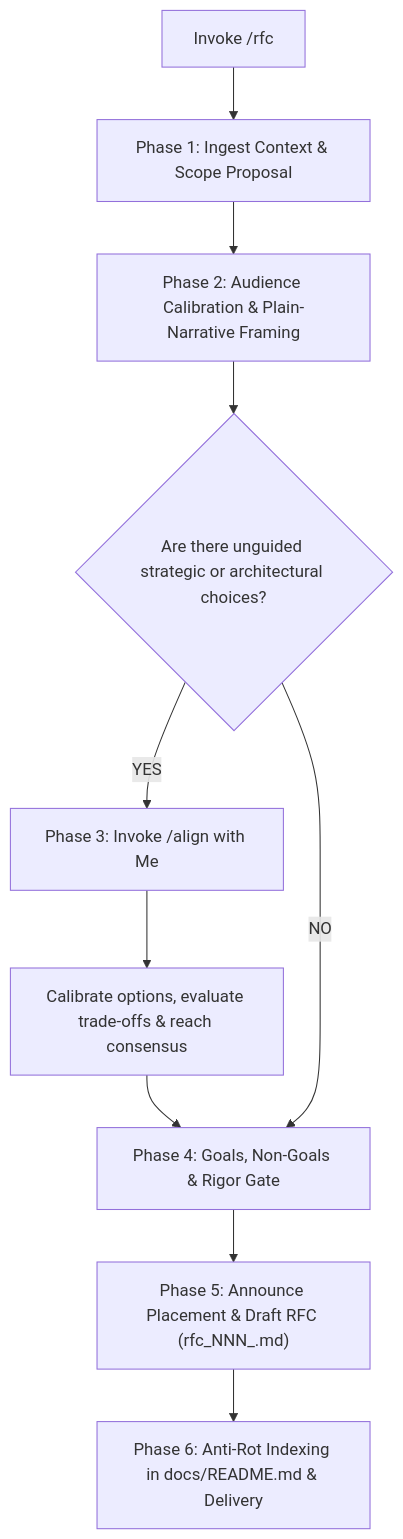
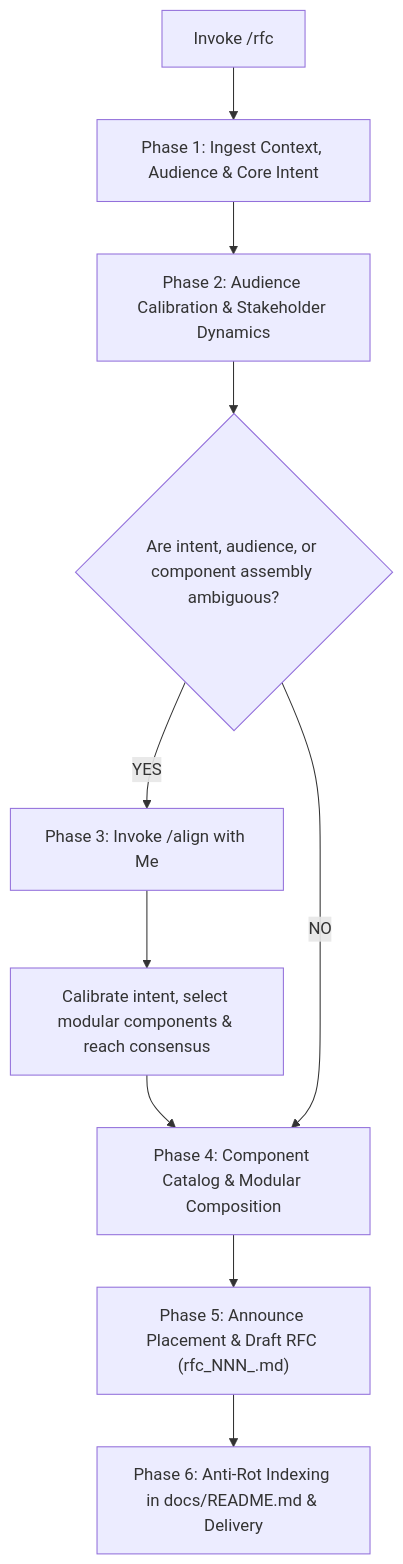
The diagram in rfc/SKILL.md (dimsedra/skills), drawn with Mermaid before and after one commit. The commit also changed other lines of this file and 1 other file, not shown here.

Commit message:
feat(rfc): make RFC skill component-based, intent-driven, and audience-adaptive

````diff
--- a/rfc/SKILL.md
+++ b/rfc/SKILL.md
@@ -16,12 +18,12 @@
 ```mermaid
 flowchart TD
-    A["Invoke /rfc"] --> B["Phase 1: Ingest Context & Scope Proposal"]
-    B --> C["Phase 2: Audience Calibration & Plain-Narrative Framing"]
-    C --> D{"Are there unguided strategic or architectural choices?"}
+    A["Invoke /rfc"] --> B["Phase 1: Ingest Context, Audience & Core Intent"]
+    B --> C["Phase 2: Audience Calibration & Stakeholder Dynamics"]
+    C --> D{"Are intent, audience, or component assembly ambiguous?"}
     D -- YES --> E["Phase 3: Invoke /align with Me"]
-    E --> F["Calibrate options, evaluate trade-offs & reach consensus"]
-    F --> G["Phase 4: Goals, Non-Goals & Rigor Gate"]
+    E --> F["Calibrate intent, select modular components & reach consensus"]
+    F --> G["Phase 4: Component Catalog & Modular Composition"]
     D -- NO --> G
     G --> H["Phase 5: Announce Placement & Draft RFC (rfc_NNN_<slug>.md)"]
     H --> I["Phase 6: Anti-Rot Indexing in docs/README.md & Delivery"]
 ```
````
